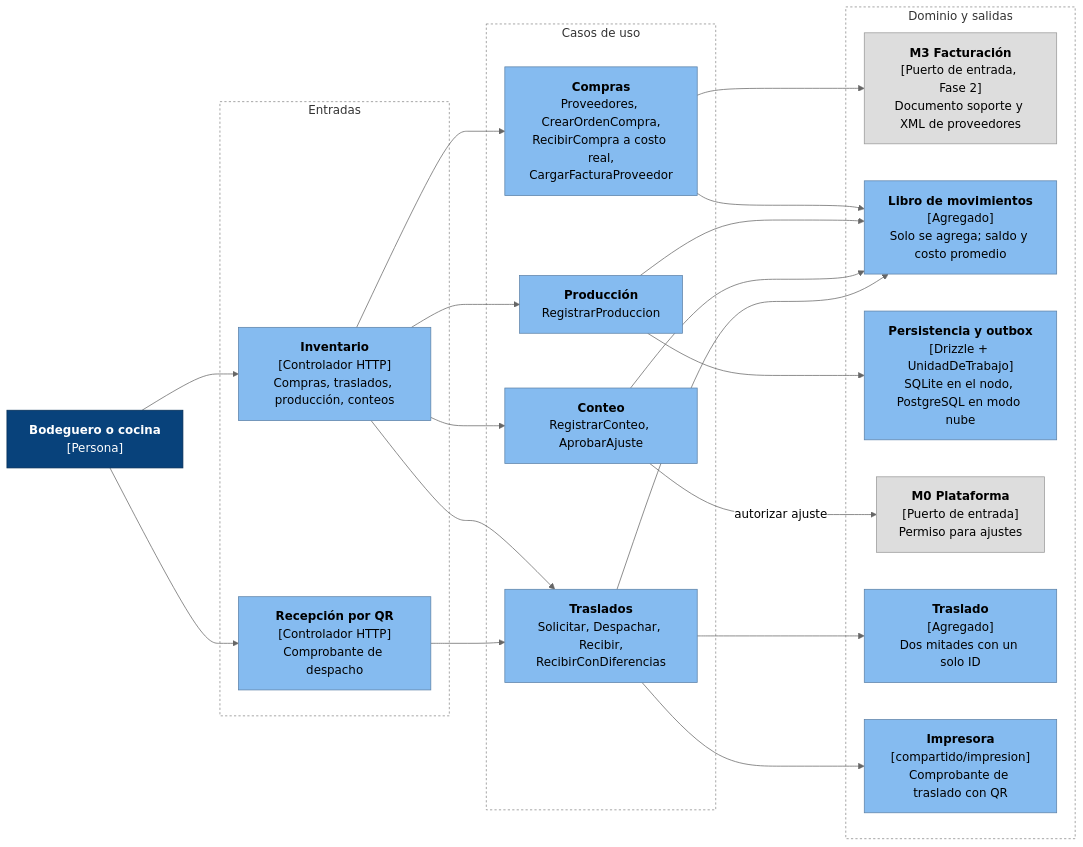
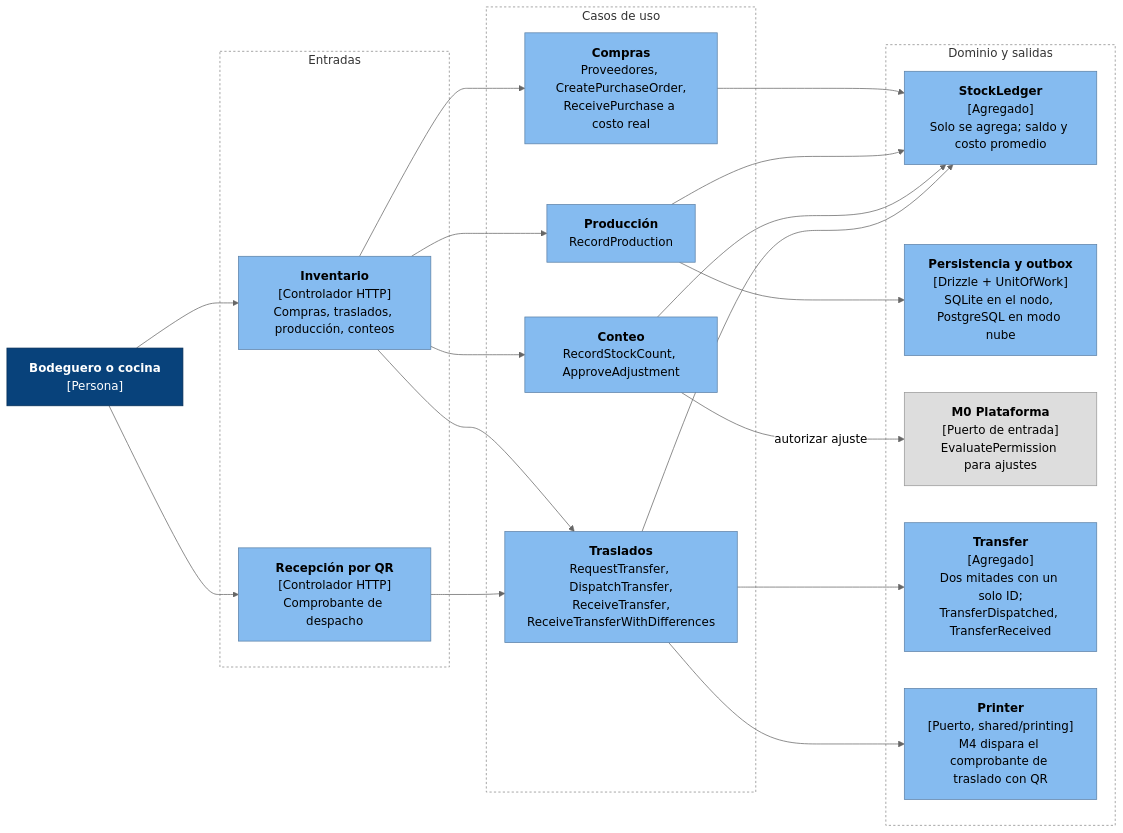
One commit to CesarJOtizM/blackHole changed the first of 3 diagrams in docs/arquitectura/componentes/c4-m4-inventario.md. Above: the diagram before and after it, drawn with Mermaid (neutral theme). The commit also changed other lines of this file and 159 other files, not shown here.

````diff
--- a/docs/arquitectura/componentes/c4-m4-inventario.md
+++ b/docs/arquitectura/componentes/c4-m4-inventario.md
@@ -18,51 +18,49 @@
 ```mermaid
 flowchart LR
-  BOD["<b>Bodeguero o cocina</b><br/>[Persona]"]:::persona
+  WHK["<b>Bodeguero o cocina</b><br/>[Persona]"]:::persona
 
-  subgraph Entradas["Entradas"]
+  subgraph Inputs["Entradas"]
     HTTP["<b>Inventario</b><br/>[Controlador HTTP]<br/>Compras, traslados, producción, conteos"]:::componente
     QRT["<b>Recepción por QR</b><br/>[Controlador HTTP]<br/>Comprobante de despacho"]:::componente
   end
 
-  subgraph Aplicacion["Casos de uso"]
-    UC_COM["<b>Compras</b><br/>Proveedores, CrearOrdenCompra,<br/>RecibirCompra a costo real,<br/>CargarFacturaProveedor"]:::componente
-    UC_PRO["<b>Producción</b><br/>RegistrarProduccion"]:::componente
-    UC_CON["<b>Conteo</b><br/>RegistrarConteo, AprobarAjuste"]:::componente
-    UC_TRA["<b>Traslados</b><br/>Solicitar, Despachar, Recibir,<br/>RecibirConDiferencias"]:::componente
+  subgraph Application["Casos de uso"]
+    UC_PUR["<b>Compras</b><br/>Proveedores, CreatePurchaseOrder,<br/>ReceivePurchase a costo real"]:::componente
+    UC_PRD["<b>Producción</b><br/>RecordProduction"]:::componente
+    UC_CNT["<b>Conteo</b><br/>RecordStockCount, ApproveAdjustment"]:::componente
+    UC_TRF["<b>Traslados</b><br/>RequestTransfer, DispatchTransfer,<br/>ReceiveTransfer,<br/>ReceiveTransferWithDifferences"]:::componente
   end
 
-  subgraph Salida["Dominio y salidas"]
-    M3["<b>M3 Facturación</b><br/>[Puerto de entrada, Fase 2]<br/>Documento soporte y XML de proveedores"]:::modulo
-    D_LIB["<b>Libro de movimientos</b><br/>[Agregado]<br/>Solo se agrega; saldo y costo promedio"]:::componente
-    REPO["<b>Persistencia y outbox</b><br/>[Drizzle + UnidadDeTrabajo]<br/>SQLite en el nodo, PostgreSQL en modo nube"]:::componente
-    M0["<b>M0 Plataforma</b><br/>[Puerto de entrada]<br/>Permiso para ajustes"]:::modulo
-    D_TRA["<b>Traslado</b><br/>[Agregado]<br/>Dos mitades con un solo ID"]:::componente
-    IMPR["<b>Impresora</b><br/>[compartido/impresion]<br/>Comprobante de traslado con QR"]:::componente
+  subgraph Outputs["Dominio y salidas"]
+    D_LED["<b>StockLedger</b><br/>[Agregado]<br/>Solo se agrega; saldo y costo promedio"]:::componente
+    REPO["<b>Persistencia y outbox</b><br/>[Drizzle + UnitOfWork]<br/>SQLite en el nodo, PostgreSQL en modo nube"]:::componente
+    M0["<b>M0 Plataforma</b><br/>[Puerto de entrada]<br/>EvaluatePermission para ajustes"]:::modulo
+    D_TRF["<b>Transfer</b><br/>[Agregado]<br/>Dos mitades con un solo ID;<br/>TransferDispatched, TransferReceived"]:::componente
+    PRN["<b>Printer</b><br/>[Puerto, shared/printing]<br/>M4 dispara el comprobante de traslado con QR"]:::componente
   end
 
-  BOD --> HTTP
-  BOD --> QRT
+  WHK --> HTTP
+  WHK --> QRT
 
-  HTTP --> UC_COM
-  HTTP --> UC_PRO
-  HTTP --> UC_CON
-  HTTP --> UC_TRA
-  QRT --> UC_TRA
+  HTTP --> UC_PUR
+  HTTP --> UC_PRD
+  HTTP --> UC_CNT
+  HTTP --> UC_TRF
+  QRT --> UC_TRF
 
-  UC_COM --> M3
-  UC_COM --> D_LIB
-  UC_PRO --> D_LIB
-  UC_CON --> D_LIB
-  UC_TRA --> D_LIB
-  UC_PRO --> REPO
-  UC_CON -- "autorizar ajuste" --> M0
-  UC_TRA --> D_TRA
-  UC_TRA --> IMPR
+  UC_PUR --> D_LED
+  UC_PRD --> D_LED
+  UC_CNT --> D_LED
+  UC_TRF --> D_LED
+  UC_PRD --> REPO
+  UC_CNT -- "autorizar ajuste" --> M0
+  UC_TRF --> D_TRF
+  UC_TRF --> PRN
 
   classDef persona fill:#08427b,stroke:#052e56,color:#fff
   classDef componente fill:#85bbf0,stroke:#5d82a8,color:#000
   classDef modulo fill:#dddddd,stroke:#999999,color:#000
-  style Entradas fill:none,stroke:#888,stroke-dasharray: 3 3
-  style Aplicacion fill:none,stroke:#888,stroke-dasharray: 3 3
-  style Salida fill:none,stroke:#888,stroke-dasharray: 3 3
+  style Inputs fill:none,stroke:#888,stroke-dasharray: 3 3
+  style Application fill:none,stroke:#888,stroke-dasharray: 3 3
+  style Outputs fill:none,stroke:#888,stroke-dasharray: 3 3
 ```
````
